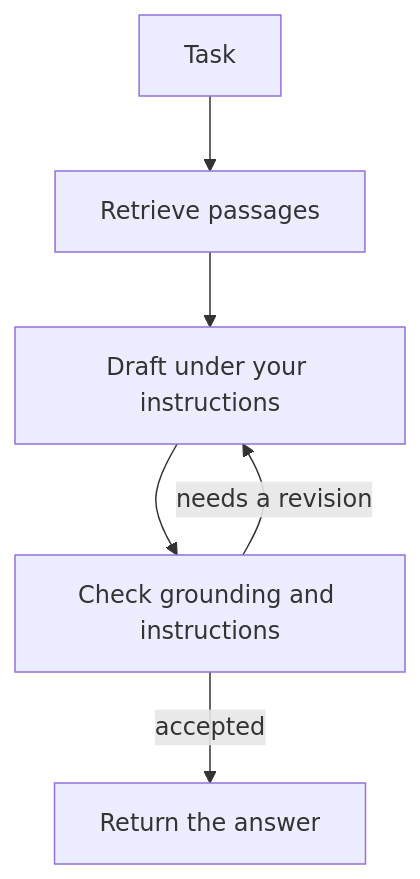
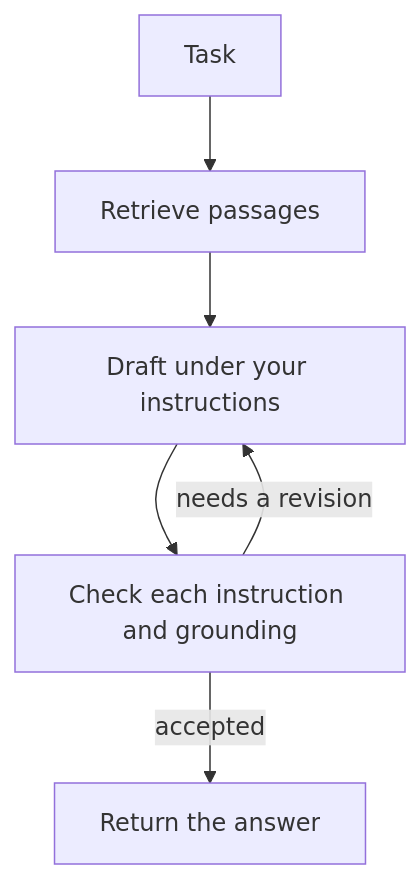
The diagram in README.md (mijo2/LoopKit), drawn with Mermaid before and after one commit. The commit also changed other lines of this file and 14 other files, not shown here.

````diff
--- a/README.md
+++ b/README.md
@@ -41,8 +41,8 @@
 ```mermaid
 flowchart TD
   task[Task] --> retrieve[Retrieve passages]
   retrieve --> draft[Draft under your instructions]
-  draft --> check[Check grounding and instructions]
+  draft --> check[Check each instruction and grounding]
   check -->|accepted| done[Return the answer]
   check -->|needs a revision| draft
 ```
````
